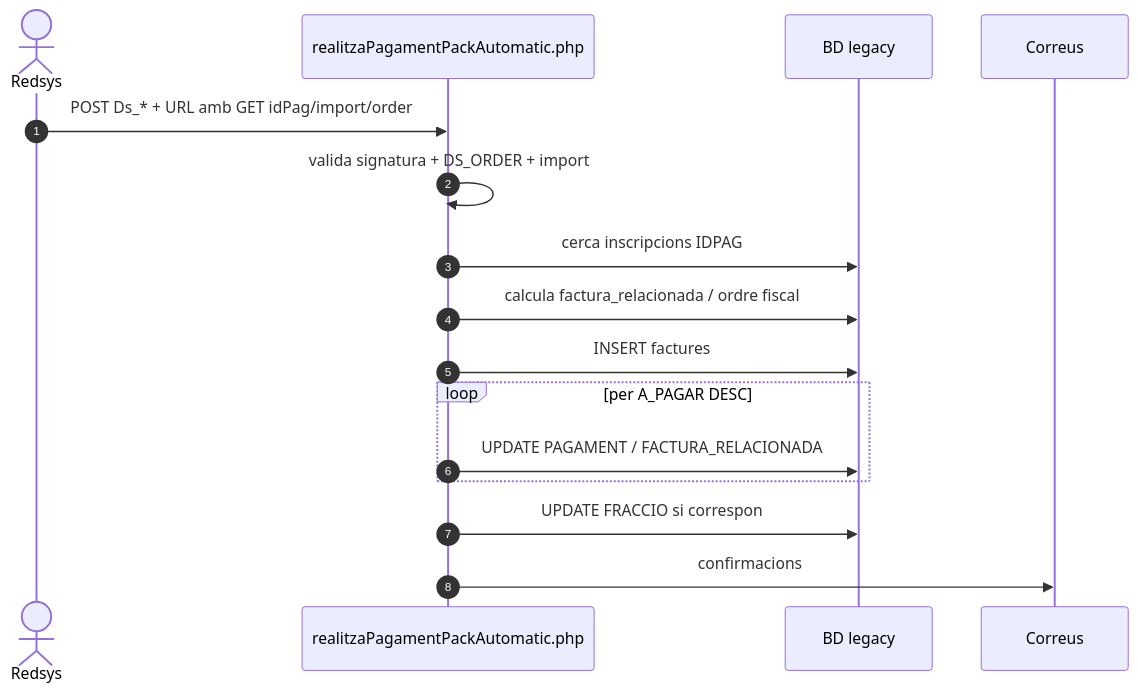
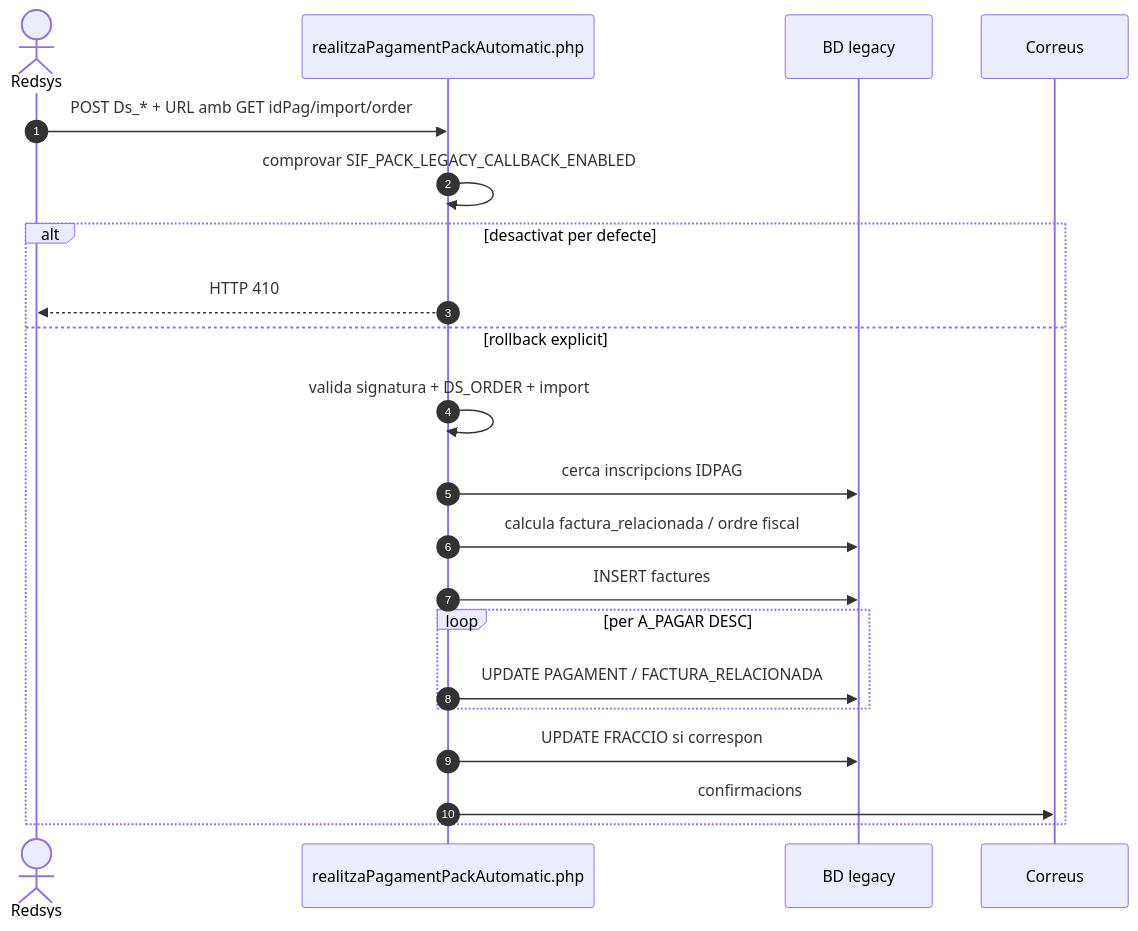
Before and after one commit to orgmeriemprismacat-del/verifactu: the second of 5 diagrams in documentacio/07-uml-integrat/uc-015-sequencies-actual-final.md, drawn with Mermaid. The commit also changed other lines of this file, not shown here.

Commit message:
docs(uc-015): actualitzar sequencia callback legacy retirat

````diff
--- a/documentacio/07-uml-integrat/uc-015-sequencies-actual-final.md
+++ b/documentacio/07-uml-integrat/uc-015-sequencies-actual-final.md
@@ -44,19 +44,24 @@
 ```mermaid
 sequenceDiagram
 autonumber
 actor R as Redsys
 participant CB as realitzaPagamentPackAutomatic.php
 participant DB as BD legacy
 participant Mail as Correus
 
 R->>CB: POST Ds_* + URL amb GET idPag/import/order
-CB->>CB: valida signatura + DS_ORDER + import
-CB->>DB: cerca inscripcions IDPAG
+CB->>CB: comprovar SIF_PACK_LEGACY_CALLBACK_ENABLED
+alt desactivat per defecte
+ CB-->>R: HTTP 410
+else rollback explicit
+ CB->>CB: valida signatura + DS_ORDER + import
+ CB->>DB: cerca inscripcions IDPAG
 CB->>DB: calcula factura_relacionada / ordre fiscal
 CB->>DB: INSERT factures
 loop per A_PAGAR DESC
  CB->>DB: UPDATE PAGAMENT / FACTURA_RELACIONADA
 end
 CB->>DB: UPDATE FRACCIO si correspon
 CB->>Mail: confirmacions
+end
 ```
````
